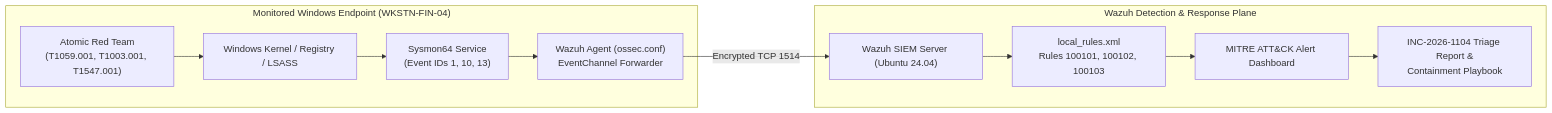
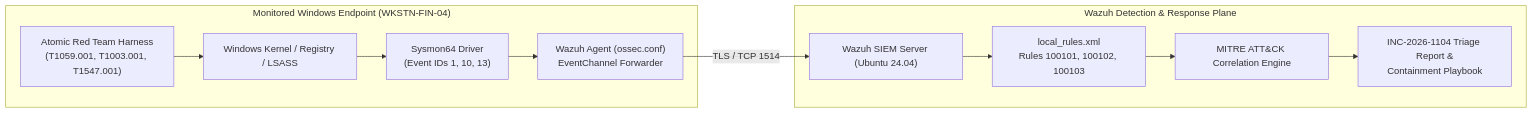
One commit to Phlotonic/home-lab-templates-portfolio changed the diagram in 02-security-plus-wazuh-soc/EXPLAIN-IT-SIMPLY.md. Above: the diagram before and after it, drawn with Mermaid. The commit also changed other lines of this file and 9 other files, not shown here.

Commit message:
docs(architecture): polish repository to enterprise production standard

````diff
--- a/02-security-plus-wazuh-soc/EXPLAIN-IT-SIMPLY.md
+++ b/02-security-plus-wazuh-soc/EXPLAIN-IT-SIMPLY.md
@@ -10,16 +12,16 @@
 ```mermaid
 flowchart LR
     subgraph Endpoint["Monitored Windows Endpoint (WKSTN-FIN-04)"]
-        ART["Atomic Red Team<br/>(T1059.001, T1003.001, T1547.001)"] --> Kernel["Windows Kernel / Registry / LSASS"]
-        Kernel --> Sysmon["Sysmon64 Service<br/>(Event IDs 1, 10, 13)"]
+        ART["Atomic Red Team Harness<br/>(T1059.001, T1003.001, T1547.001)"] --> Kernel["Windows Kernel / Registry / LSASS"]
+        Kernel --> Sysmon["Sysmon64 Driver<br/>(Event IDs 1, 10, 13)"]
         Sysmon --> WazuhAgent["Wazuh Agent (ossec.conf)<br/>EventChannel Forwarder"]
     end
 
-    WazuhAgent -- "Encrypted TCP 1514" --> WazuhServer["Wazuh SIEM Server (Ubuntu 24.04)"]
+    WazuhAgent -- "TLS / TCP 1514" --> WazuhServer["Wazuh SIEM Server (Ubuntu 24.04)"]
 
     subgraph SIEM["Wazuh Detection & Response Plane"]
         WazuhServer --> Rules["local_rules.xml<br/>Rules 100101, 100102, 100103"]
-        Rules --> Dashboard["MITRE ATT&CK Alert Dashboard"]
+        Rules --> Dashboard["MITRE ATT&CK Correlation Engine"]
         Dashboard --> Report["INC-2026-1104 Triage Report &<br/>Containment Playbook"]
     end
 ```
````
